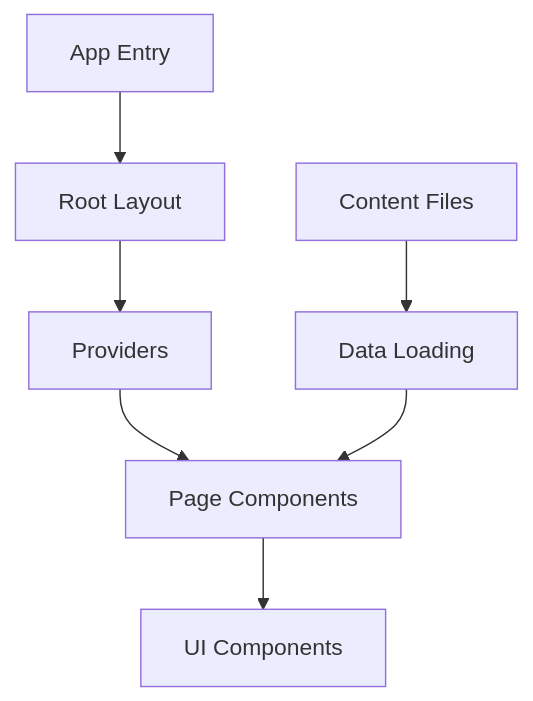
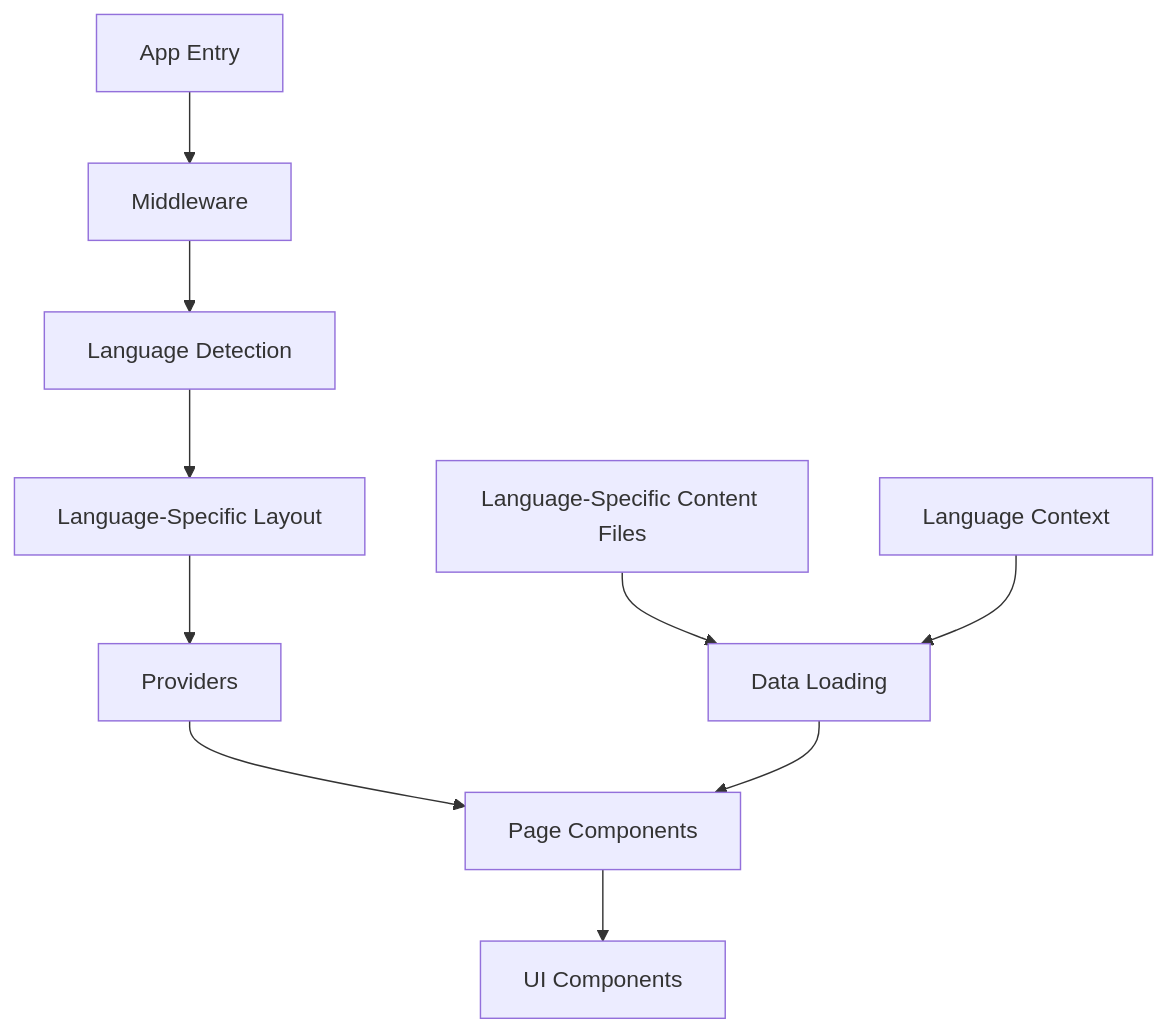
Before and after one commit to antiguatechlabs/antigua-tech-labs: the first of 2 diagrams in memory-bank/systemPatterns.md, drawn with Mermaid. The commit also changed other lines of this file and 46 other files, not shown here.

````diff
--- a/memory-bank/systemPatterns.md
+++ b/memory-bank/systemPatterns.md
@@ -7,9 +7,12 @@
 ```mermaid
 flowchart TD
-    A[App Entry] --> B[Root Layout]
-    B --> C[Providers]
-    C --> D[Page Components]
-    D --> E[UI Components]
-    F[Content Files] --> G[Data Loading]
-    G --> D
+    A[App Entry] --> B[Middleware]
+    B --> C[Language Detection]
+    C --> D[Language-Specific Layout]
+    D --> E[Providers]
+    E --> F[Page Components]
+    F --> G[UI Components]
+    H[Language-Specific Content Files] --> I[Data Loading]
+    J[Language Context] --> I
+    I --> F
 ```
````
